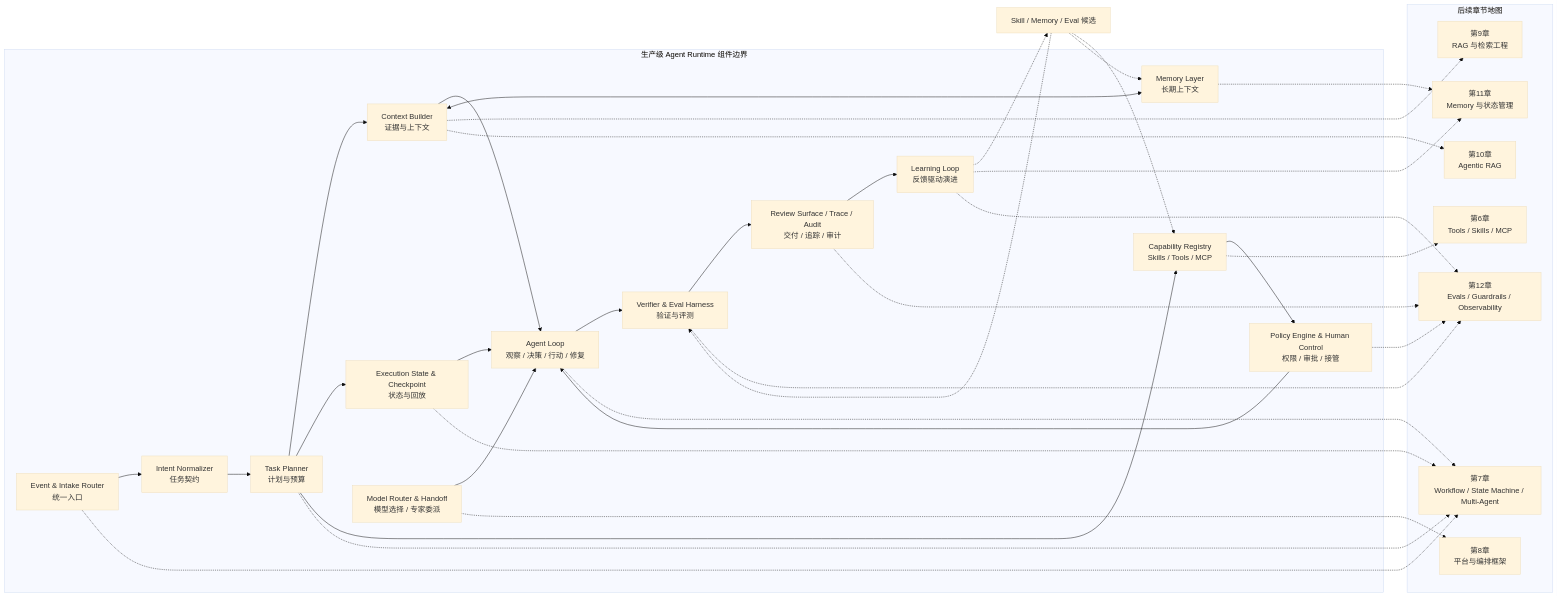
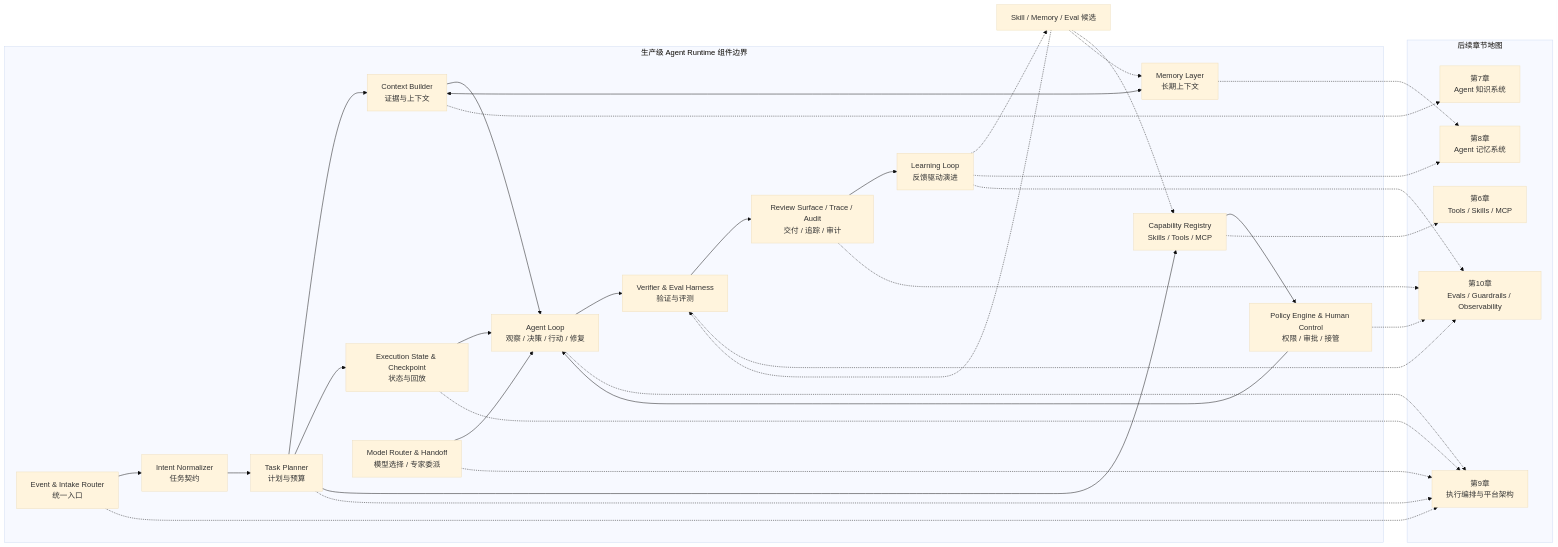
Before and after one commit to wxquare/wxquare.github.io: the eighth of 25 diagrams in books/ai-book/src/part2/01-agent-architecture.md, drawn with Mermaid (base theme). The commit also changed other lines of this file and 65 other files, not shown here.

````diff
--- a/books/ai-book/src/part2/01-agent-architecture.md
+++ b/books/ai-book/src/part2/01-agent-architecture.md
@@ -648,56 +648,53 @@
 ```mermaid
 flowchart LR
     subgraph Runtime["生产级 Agent Runtime 组件边界"]
         Intake["Event & Intake Router<br/>统一入口"]
         Intent["Intent Normalizer<br/>任务契约"]
         Planner["Task Planner<br/>计划与预算"]
         Context["Context Builder<br/>证据与上下文"]
         Memory["Memory Layer<br/>长期上下文"]
         State["Execution State & Checkpoint<br/>状态与回放"]
         Capability["Capability Registry<br/>Skills / Tools / MCP"]
         Policy["Policy Engine & Human Control<br/>权限 / 审批 / 接管"]
         Loop["Agent Loop<br/>观察 / 决策 / 行动 / 修复"]
         Router["Model Router & Handoff<br/>模型选择 / 专家委派"]
         Verify["Verifier & Eval Harness<br/>验证与评测"]
         Review["Review Surface / Trace / Audit<br/>交付 / 追踪 / 审计"]
         Learn["Learning Loop<br/>反馈驱动演进"]
     end
 
     subgraph Chapters["后续章节地图"]
         C6["第6章<br/>Tools / Skills / MCP"]
-        C7["第7章<br/>Workflow / State Machine / Multi-Agent"]
-        C8["第8章<br/>平台与编排框架"]
-        C9["第9章<br/>RAG 与检索工程"]
-        C10["第10章<br/>Agentic RAG"]
-        C11["第11章<br/>Memory 与状态管理"]
-        C12["第12章<br/>Evals / Guardrails / Observability"]
+        C7["第7章<br/>Agent 知识系统"]
+        C8["第8章<br/>Agent 记忆系统"]
+        C9["第9章<br/>执行编排与平台架构"]
+        C10["第10章<br/>Evals / Guardrails / Observability"]
     end
 
     Intake --> Intent --> Planner --> Context --> Loop --> Verify --> Review
     Context <--> Memory
     Planner --> State
     State --> Loop
     Planner --> Capability
     Capability --> Policy --> Loop
     Router --> Loop
     Review --> Learn
     Learn -.-> SkillUpdate["Skill / Memory / Eval 候选"]
     SkillUpdate -.-> Capability
     SkillUpdate -.-> Memory
     SkillUpdate -.-> Verify
 
     Capability -.-> C6
-    Intake -.-> C7
-    Planner -.-> C7
-    State -.-> C7
-    Loop -.-> C7
-    Router -.-> C8
-    Context -.-> C9
-    Context -.-> C10
-    Memory -.-> C11
-    Policy -.-> C12
-    Verify -.-> C12
-    Review -.-> C12
-    Learn -.-> C11
-    Learn -.-> C12
+    Context -.-> C7
+    Memory -.-> C8
+    Intake -.-> C9
+    Planner -.-> C9
+    State -.-> C9
+    Loop -.-> C9
+    Router -.-> C9
+    Policy -.-> C10
+    Verify -.-> C10
+    Review -.-> C10
+    Learn -.-> C8
+    Learn -.-> C10
 ```
````
